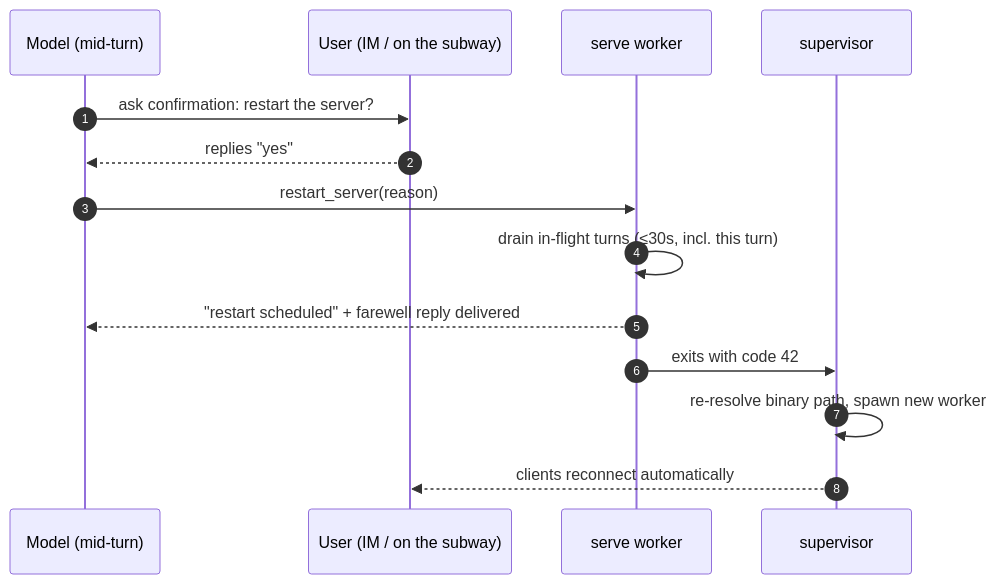
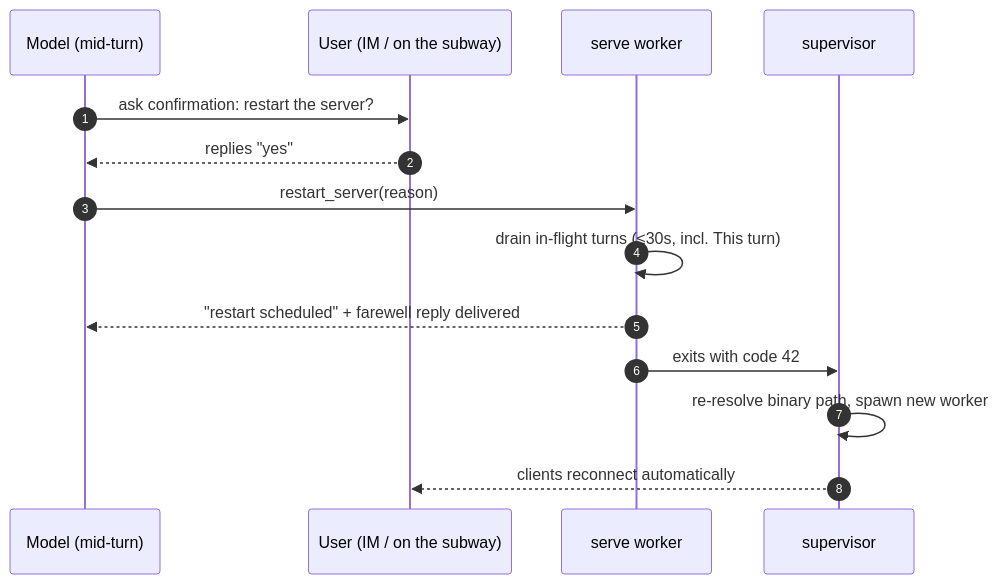
The fourth of 5 diagrams in blog/src/content/posts/en/architecture-deep-dive.md (qwer233qq/octo-agent), drawn with Mermaid before and after one commit. The commit also changed other lines of this file and 1 other file, not shown here.

First line of the commit message:
blog: sync architecture-deep-dive with latest edits (#1611)

````diff
--- a/blog/src/content/posts/en/architecture-deep-dive.md
+++ b/blog/src/content/posts/en/architecture-deep-dive.md
@@ -216,16 +220,16 @@
 ```mermaid
 sequenceDiagram
     autonumber
     participant M as Model (mid-turn)
     participant U as User (IM / on the subway)
     participant W as serve worker
     participant S as supervisor
     M->>U: ask confirmation: restart the server?
     U-->>M: replies "yes"
     M->>W: restart_server(reason)
-    W->>W: drain in-flight turns (≤30s, incl. this turn)
+    W->>W: drain in-flight turns (≤30s, incl. This turn)
     W-->>M: "restart scheduled" + farewell reply delivered
     W->>S: exits with code 42
     S->>S: re-resolve binary path, spawn new worker
     S-->>U: clients reconnect automatically
 ```
````
